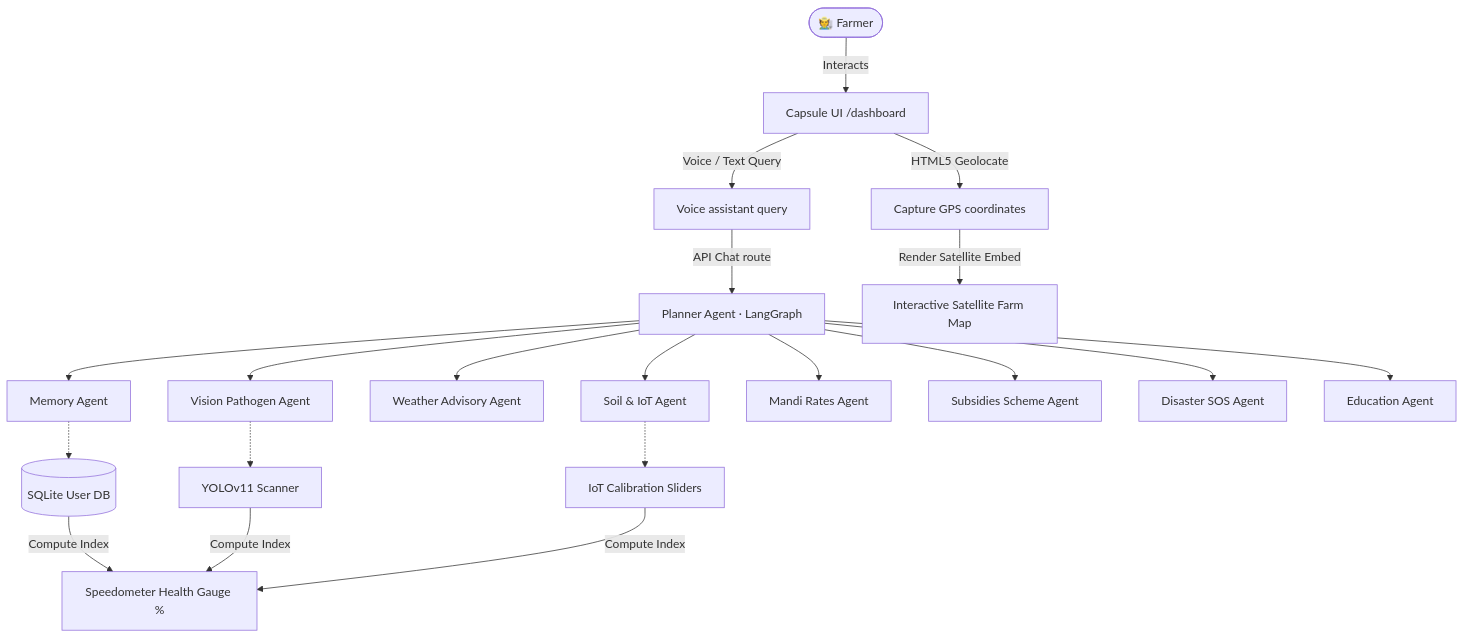
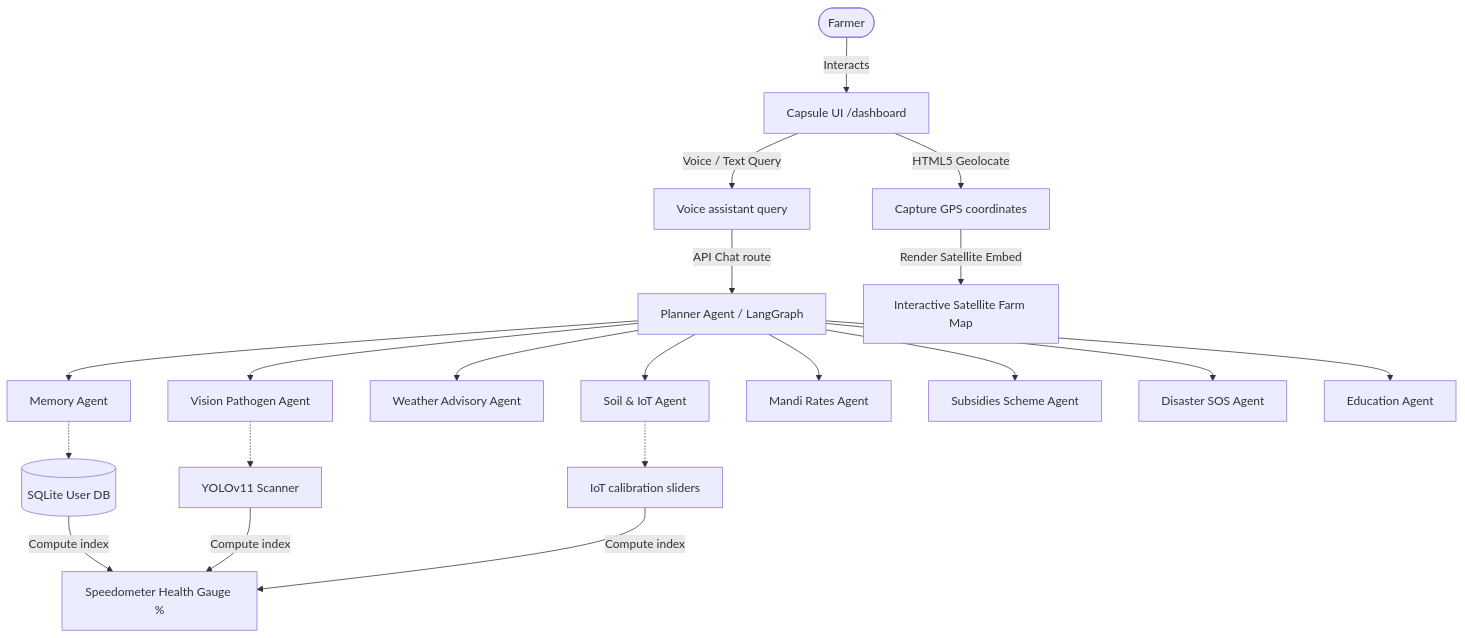
One commit to SRV-KILLER09/KisaanMitr changed the diagram in README.md. Above: the diagram before and after it, drawn with Mermaid. The commit also changed other lines of this file, not shown here.

````diff
--- a/README.md
+++ b/README.md
@@ -110,23 +37,23 @@
 ```mermaid
 graph TD
-    User([🧑‍🌾 Farmer]) -->|Interacts| UI[Capsule UI /dashboard]
+    User([Farmer]) -->|Interacts| UI[Capsule UI /dashboard]
     UI -->|HTML5 Geolocate| GPS[Capture GPS coordinates]
     UI -->|Voice / Text Query| Voice[Voice assistant query]
-    Voice -->|API Chat route| Planner[Planner Agent · LangGraph]
+    Voice -->|API Chat route| Planner[Planner Agent / LangGraph]
 
     Planner --> Memory[Memory Agent]
     Planner --> Vision[Vision Pathogen Agent]
     Planner --> Weather[Weather Advisory Agent]
     Planner --> Soil[Soil & IoT Agent]
     Planner --> Market[Mandi Rates Agent]
     Planner --> Schemes[Subsidies Scheme Agent]
     Planner --> SOS[Disaster SOS Agent]
     Planner --> Academy[Education Agent]
 
     Memory -.-> SQLite[(SQLite User DB)]
-    Soil -.-> Sliders[IoT Calibration Sliders]
+    Soil -.-> Sliders[IoT calibration sliders]
     Vision -.-> YOLO[YOLOv11 Scanner]
 
-    SQLite & YOLO & Sliders -->|Compute Index| Health[Speedometer Health Gauge %]
+    SQLite & YOLO & Sliders -->|Compute index| Health[Speedometer Health Gauge %]
     GPS -->|Render Satellite Embed| FarmMap[Interactive Satellite Farm Map]
 ```
````
